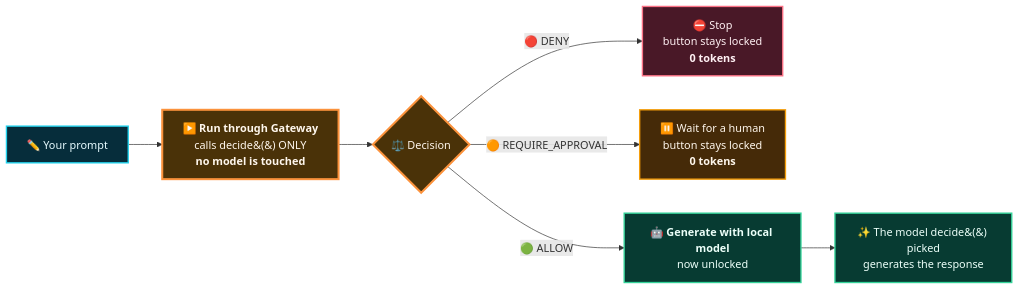
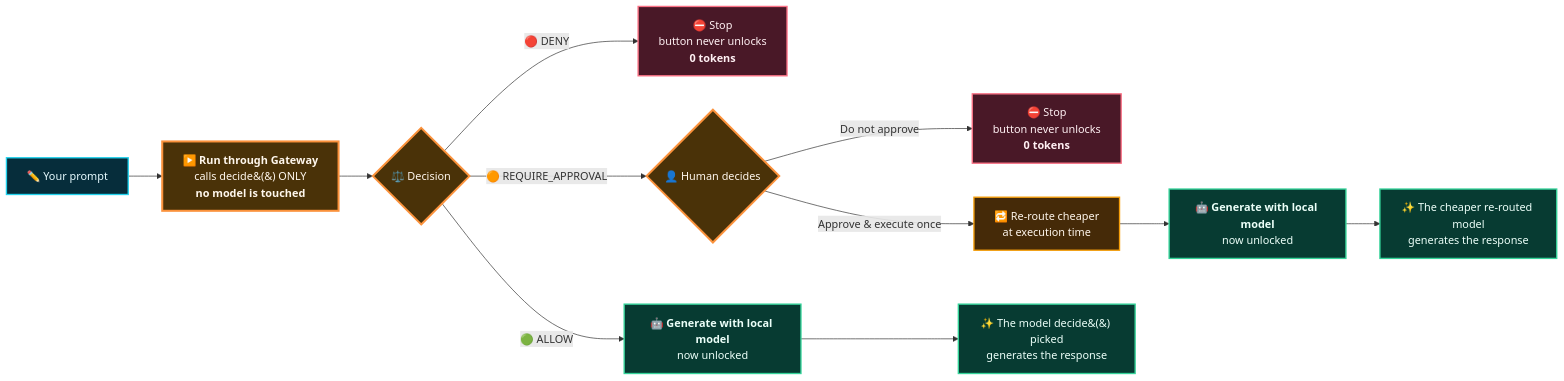
Before and after one commit to debster9755/sentinelforge: the eighth of 9 diagrams in README.md, drawn with Mermaid. The commit also changed other lines of this file, not shown here.

First line of the commit message:
README: update decide(), /api/chat verdict, and demo script diagrams for approval reroute

````diff
--- a/README.md
+++ b/README.md
@@ -795,20 +802,24 @@
 ```mermaid
 flowchart LR
     P["✏️ Your prompt"] --> B1["▶️ <b>Run through Gateway</b><br/>calls decide&#40;&#41; ONLY<br/><b>no model is touched</b>"]
     B1 --> D{"⚖️ Decision"}
-    D -- "🔴 DENY" --> X["⛔ Stop<br/>button stays locked<br/><b>0 tokens</b>"]
-    D -- "🟠 REQUIRE_APPROVAL" --> W["⏸️ Wait for a human<br/>button stays locked<br/><b>0 tokens</b>"]
+    D -- "🔴 DENY" --> X["⛔ Stop<br/>button never unlocks<br/><b>0 tokens</b>"]
+    D -- "🟠 REQUIRE_APPROVAL" --> HD{"👤 Human decides"}
+    HD -- "Do not approve" --> X2["⛔ Stop<br/>button never unlocks<br/><b>0 tokens</b>"]
+    HD -- "Approve & execute once" --> RR["🔁 Re-route cheaper<br/>at execution time"]
     D -- "🟢 ALLOW" --> B2["🤖 <b>Generate with local model</b><br/>now unlocked"]
+    RR --> B3["🤖 <b>Generate with local model</b><br/>now unlocked"]
     B2 --> M["✨ The model decide&#40;&#41; picked<br/>generates the response"]
+    B3 --> M2["✨ The cheaper re-routed model<br/>generates the response"]
 
     classDef p fill:#062d3b,stroke:#22d3ee,color:#e6fbff,stroke-width:2px;
     classDef g fill:#4a3208,stroke:#fb923c,color:#fff7ed,stroke-width:3px;
     classDef d fill:#491827,stroke:#fb7185,color:#fff0f3,stroke-width:2px;
     classDef a fill:#452a08,stroke:#f59e0b,color:#fff7ed,stroke-width:2px;
     classDef s fill:#073b32,stroke:#34d399,color:#ecfff9,stroke-width:2px;
     class P p;
-    class B1,D g;
-    class X d;
-    class W a;
-    class B2,M s;
+    class B1,D,HD g;
+    class X,X2 d;
+    class RR a;
+    class B2,B3,M,M2 s;
 ```
````
